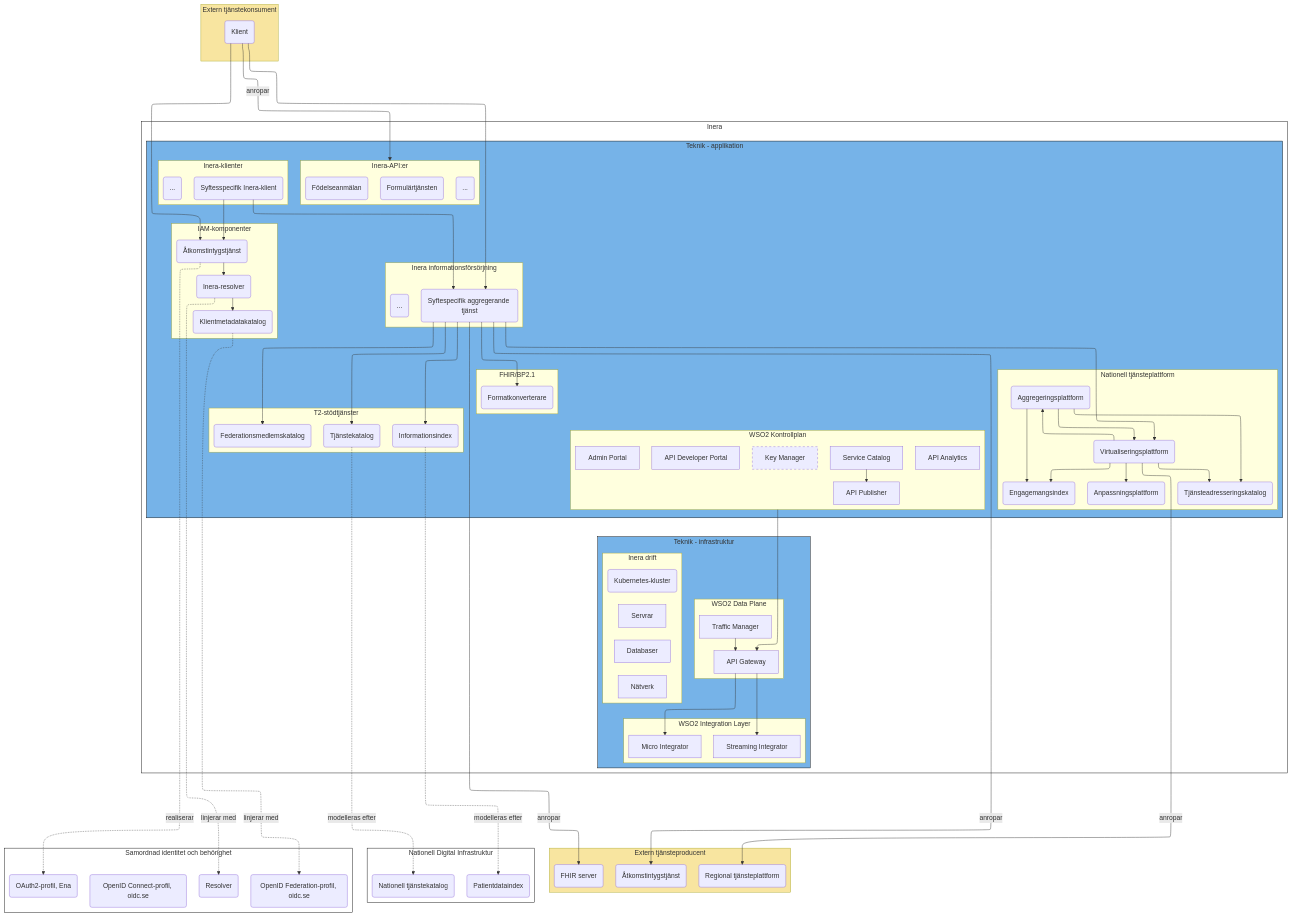
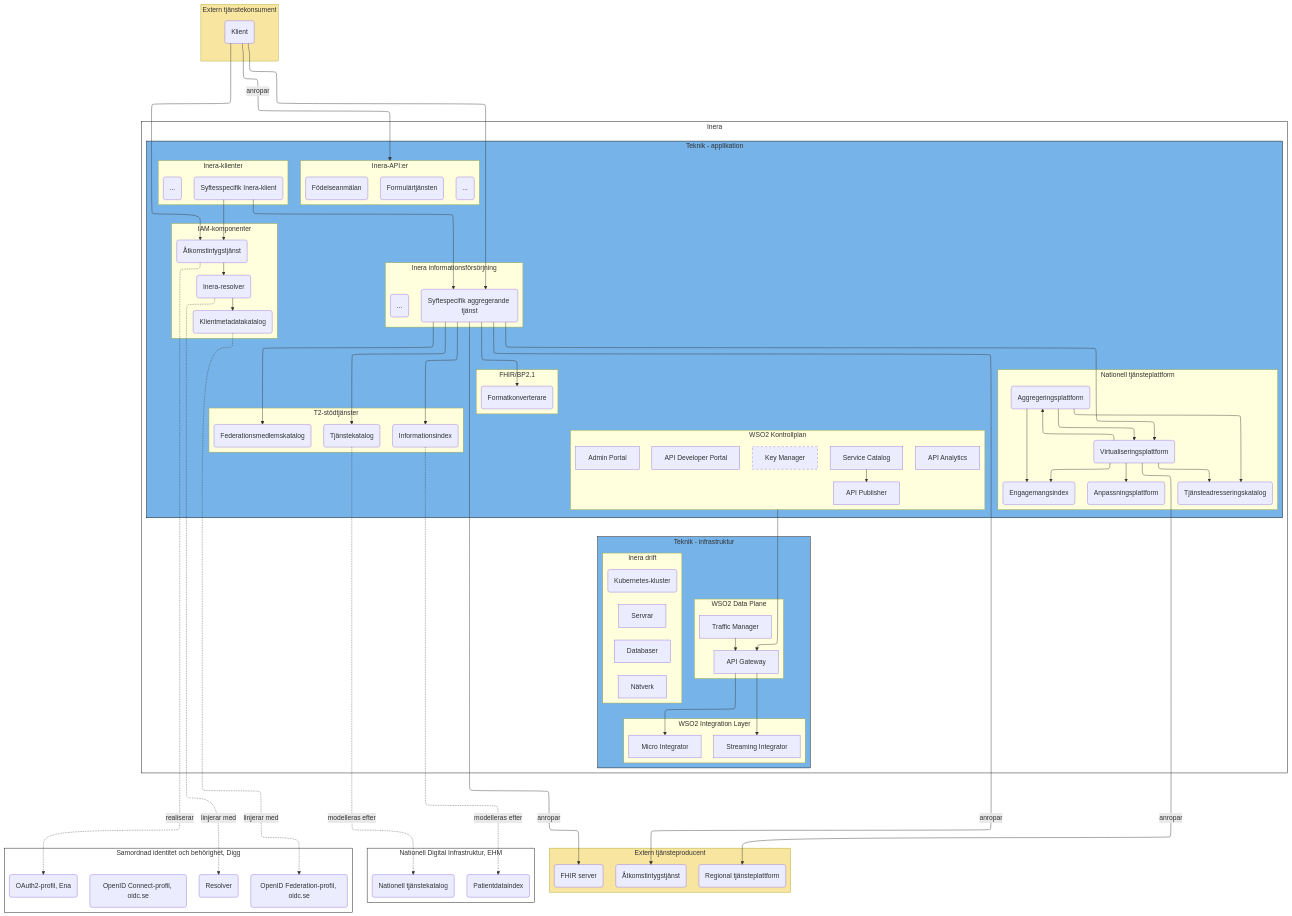
The second of 2 diagrams in T2-krav/solution.md (anders-malmros-inera/t2mmd), drawn with Mermaid before and after one commit. The commit also changed 26 other files, not shown here.

```diff
--- a/T2-krav/solution.md
+++ b/T2-krav/solution.md
@@ -130,12 +130,12 @@
     tpfs(FHIR server)
 end
 
-subgraph ndi[Nationell Digital Infrastruktur]
+subgraph ndi[Nationell Digital Infrastruktur, EHM]
     ntk(Nationell tjänstekatalog)
     pdi(Patientdataindex)
 end
 
-subgraph sib[Samordnad identitet och behörighet]
+subgraph sib[Samordnad identitet och behörighet, Digg]
     res(Resolver)
     oi(OpenID Connect-profil, oidc.se)
     o2(OAuth2-profil, Ena)
```
